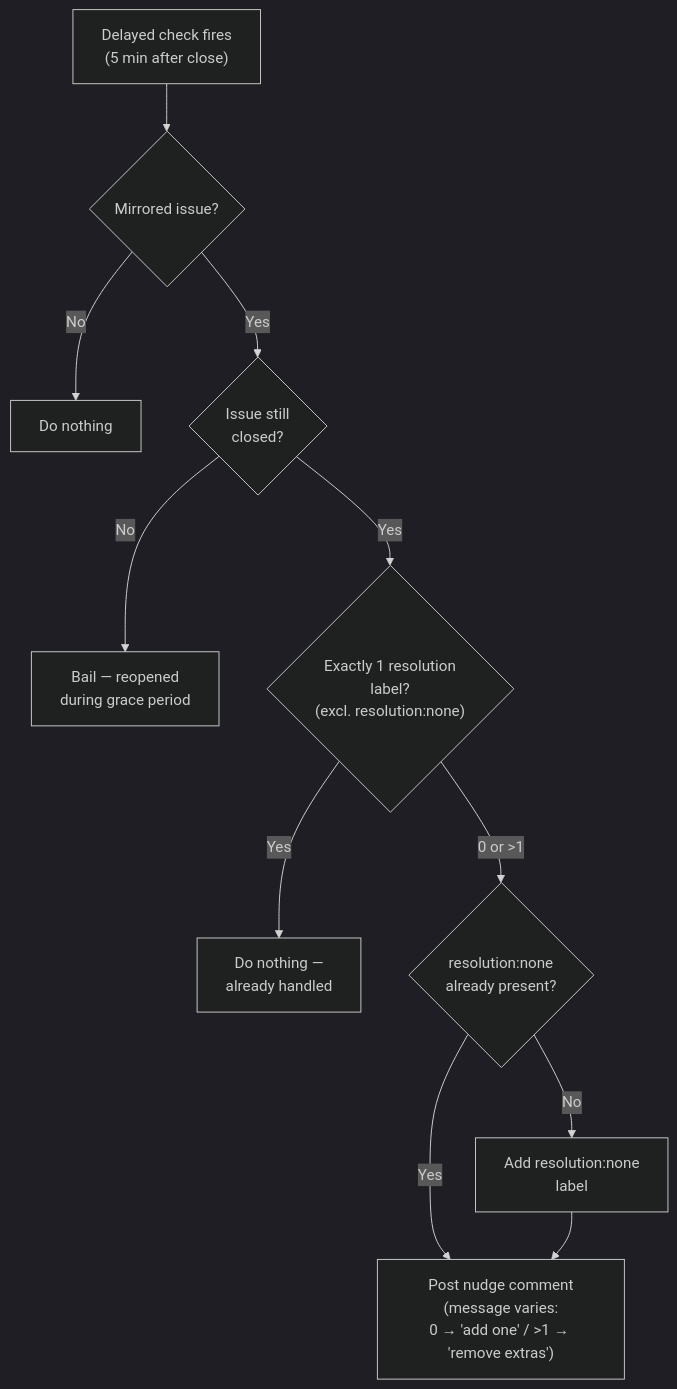
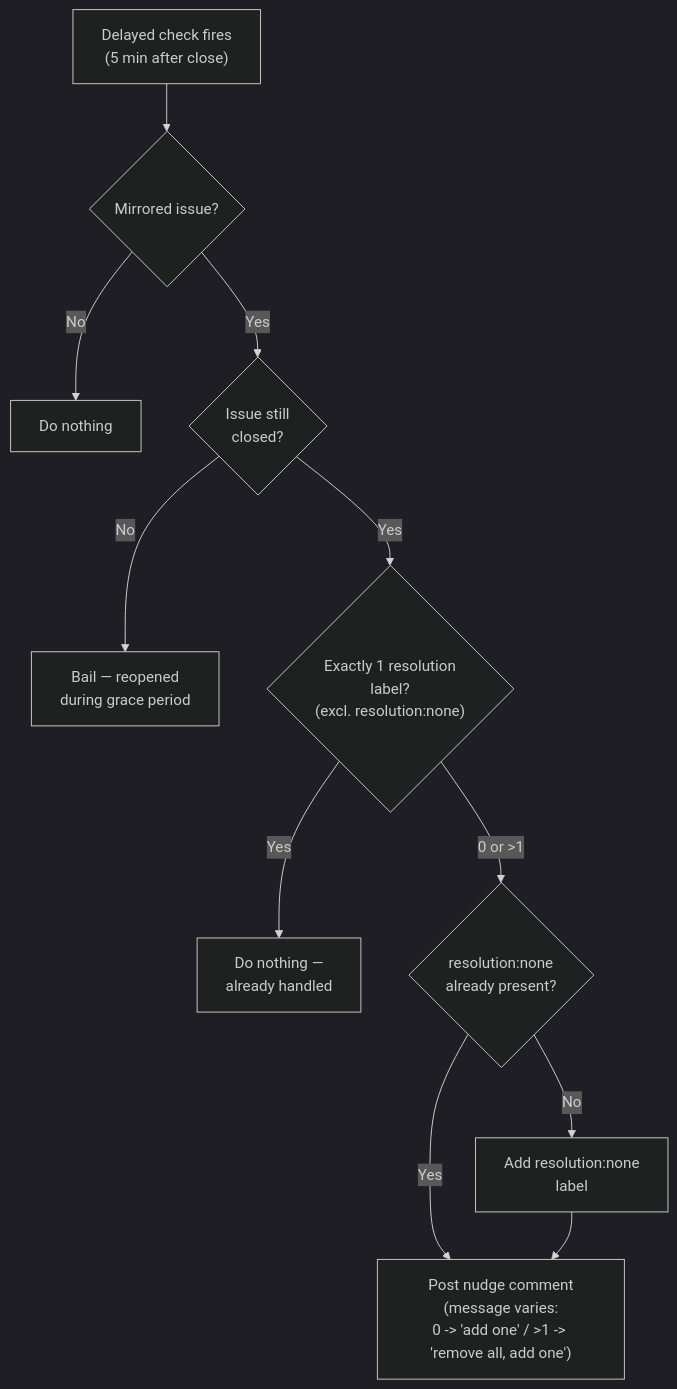
Before and after one commit to Magma-Maths/lyrebird: diagram 12 of 16 in FLOWS.md, drawn with Mermaid (dark theme). The commit also changed 2 other files, not shown here.

Commit message:
fix(handlers): give the resolution nudges advice that works and link the public issue
Removing resolution labels never posts a note. The nudge now tells
maintainers to remove all labels and add one, which posts its note.

````diff
--- a/FLOWS.md
+++ b/FLOWS.md
@@ -171,13 +171,13 @@
 ```mermaid
 flowchart TD
     A["Delayed check fires<br/>(5 min after close)"] --> B{"Mirrored issue?"}
     B -- No --> Z["Do nothing"]
     B -- Yes --> C{"Issue still<br/>closed?"}
     C -- No --> D["Bail — reopened<br/>during grace period"]
     C -- Yes --> E{"Exactly 1 resolution<br/>label?<br/>(excl. resolution:none)"}
     E -- Yes --> F["Do nothing —<br/>already handled"]
     E -- "0 or >1" --> G{"resolution:none<br/>already present?"}
     G -- No --> H["Add resolution:none<br/>label"]
     G -- Yes --> I
-    H --> I["Post nudge comment<br/>(message varies:<br/>0 → 'add one' / >1 → 'remove extras')"]
+    H --> I["Post nudge comment<br/>(message varies:<br/>0 -> 'add one' / >1 -> 'remove all, add one')"]
 ```
````
